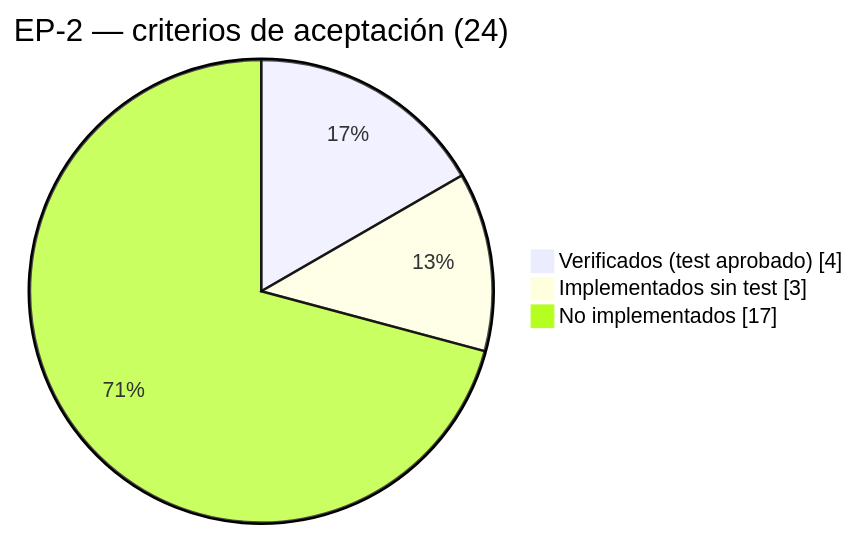
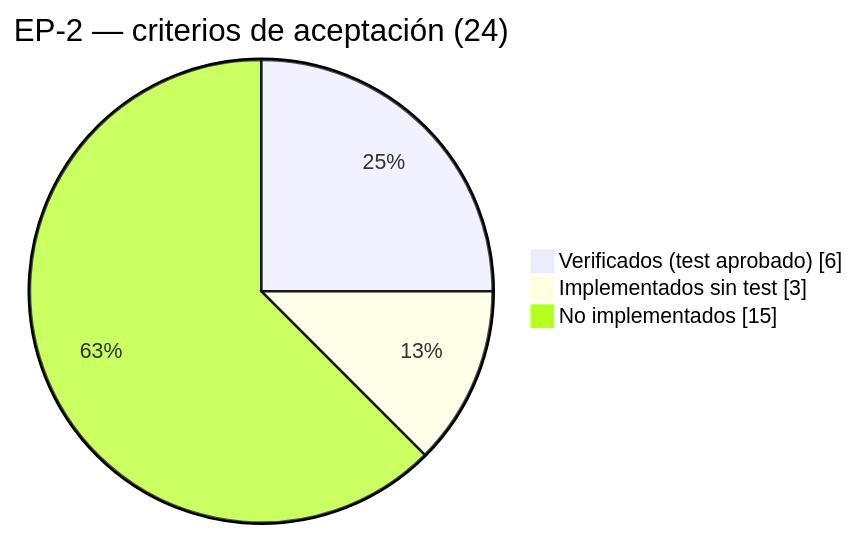
Before and after one commit to P4bl1t0ck/Urbanex: the diagram in docs/handoff/URBANEX_AVANCE_EPICAS.md, drawn with Mermaid. The commit also changed other lines of this file and 8 other files, not shown here.

````diff
--- a/docs/handoff/URBANEX_AVANCE_EPICAS.md
+++ b/docs/handoff/URBANEX_AVANCE_EPICAS.md
@@ -99,6 +99,6 @@
 ```mermaid
 pie showData title EP-2 — criterios de aceptación (24)
-  "Verificados (test aprobado)" : 4
+  "Verificados (test aprobado)" : 6
   "Implementados sin test" : 3
-  "No implementados" : 17
+  "No implementados" : 15
 ```
````
